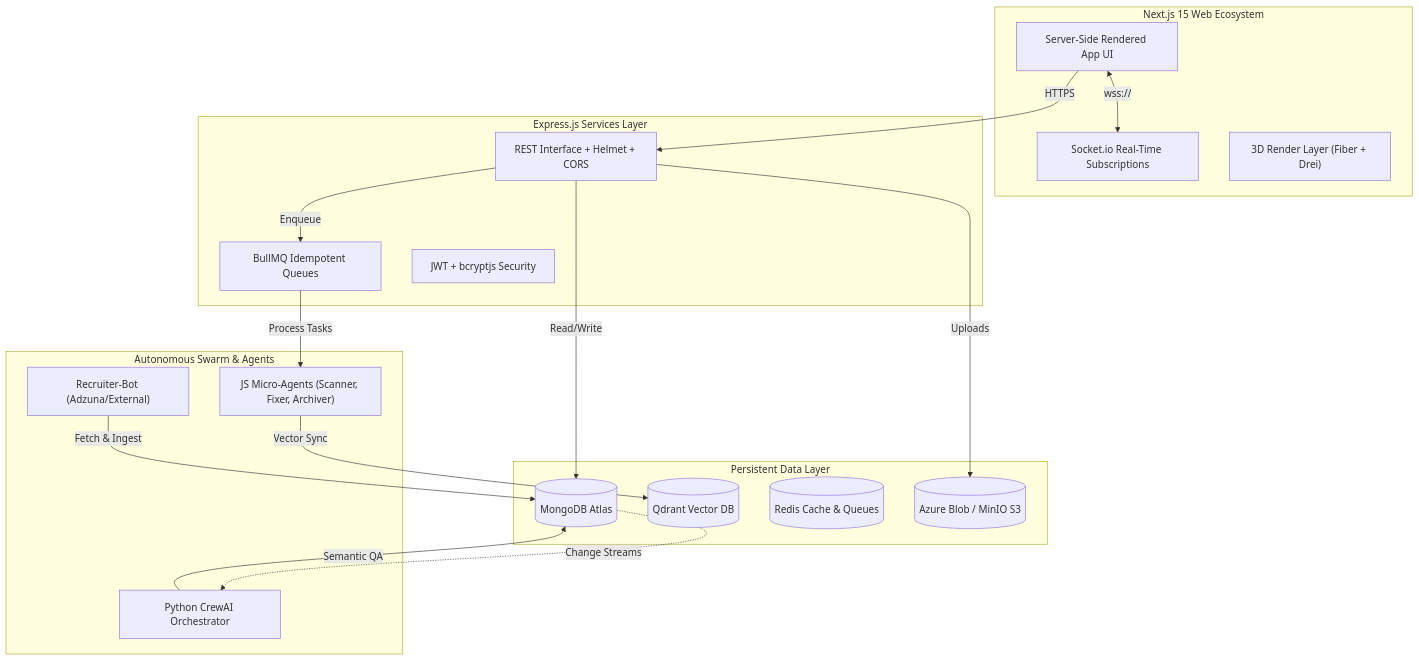
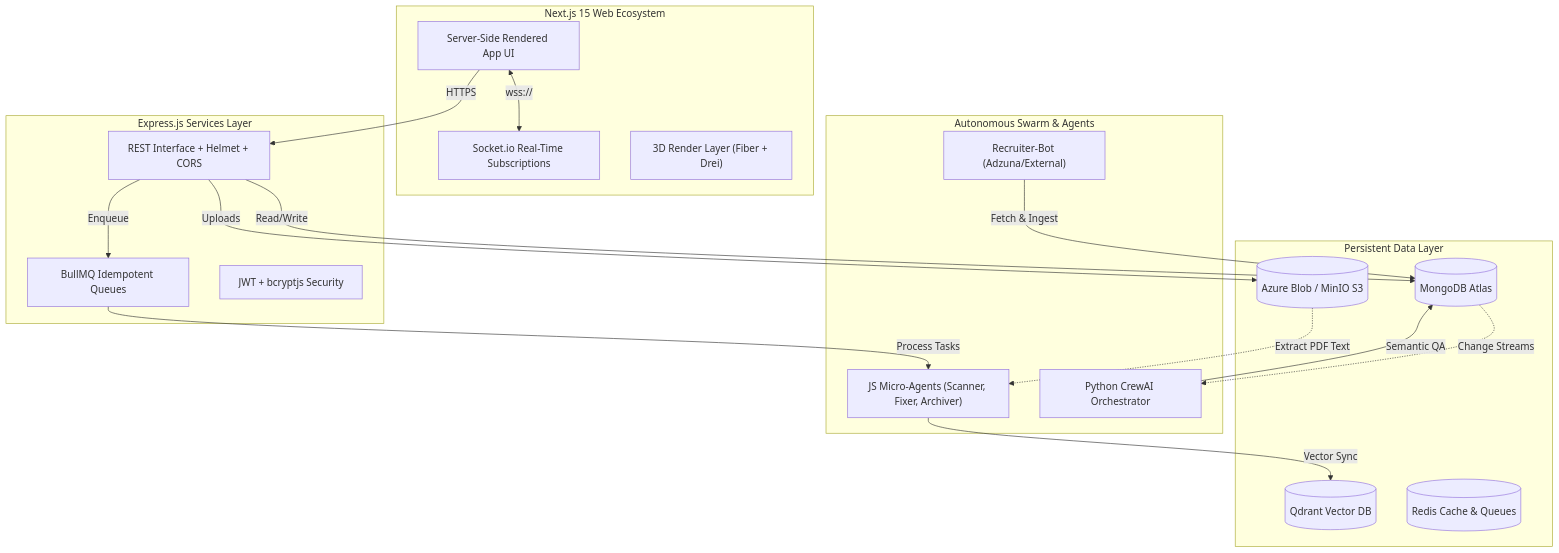
Before and after one commit to soumik2441139/hackathon: the first of 2 diagrams in README.md, drawn with Mermaid.

Commit message:
docs: add missing data extraction flow in architecture diagram

````diff
--- a/README.md
+++ b/README.md
@@ -33,38 +33,39 @@
 ```mermaid
 graph TD
     subgraph Client ["Next.js 15 Web Ecosystem"]
         Frontend["Server-Side Rendered App UI"]
         WebSocket["Socket.io Real-Time Subscriptions"]
         ThreeJS["3D Render Layer (Fiber + Drei)"]
     end
 
     subgraph Backend ["Express.js Services Layer"]
         API["REST Interface + Helmet + CORS"]
         BullMQ["BullMQ Idempotent Queues"]
         Auth["JWT + bcryptjs Security"]
     end
 
     subgraph Swarm ["Autonomous Swarm & Agents"]
         JSBots["JS Micro-Agents (Scanner, Fixer, Archiver)"]
         CrewAI["Python CrewAI Orchestrator"]
         Recruiter["Recruiter-Bot (Adzuna/External)"]
     end
 
     subgraph Storage ["Persistent Data Layer"]
         Mongo[(MongoDB Atlas)]
         Qdrant[(Qdrant Vector DB)]
         Redis[(Redis Cache & Queues)]
         S3[(Azure Blob / MinIO S3)]
     end
 
     Frontend <-->|"wss://"| WebSocket
     Frontend -->|"HTTPS"| API
     API -->|"Read/Write"| Mongo
     API -->|"Uploads"| S3
     API -->|"Enqueue"| BullMQ
     BullMQ -->|"Process Tasks"| JSBots
+    S3 -.->|"Extract PDF Text"| JSBots
     Mongo -.->|"Change Streams"| CrewAI
     Recruiter -->|"Fetch & Ingest"| Mongo
     JSBots -->|"Vector Sync"| Qdrant
     CrewAI -->|"Semantic QA"| Mongo
 ```
````
